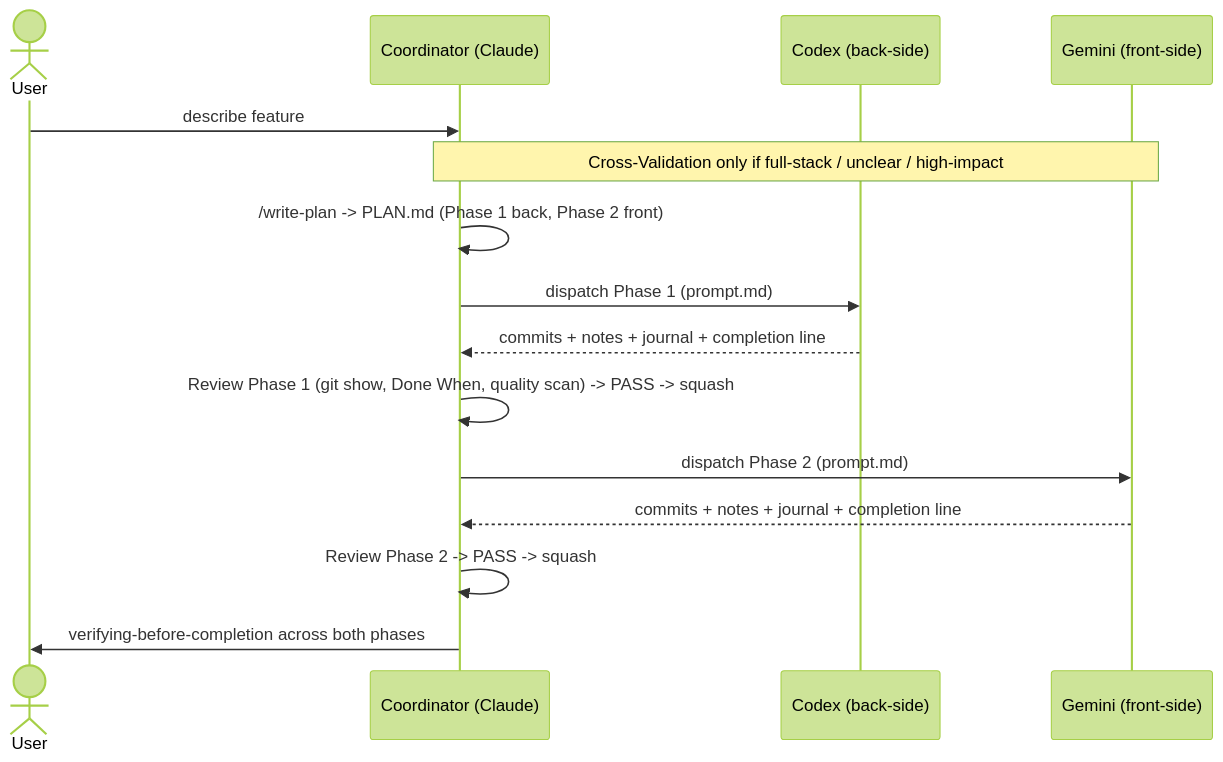
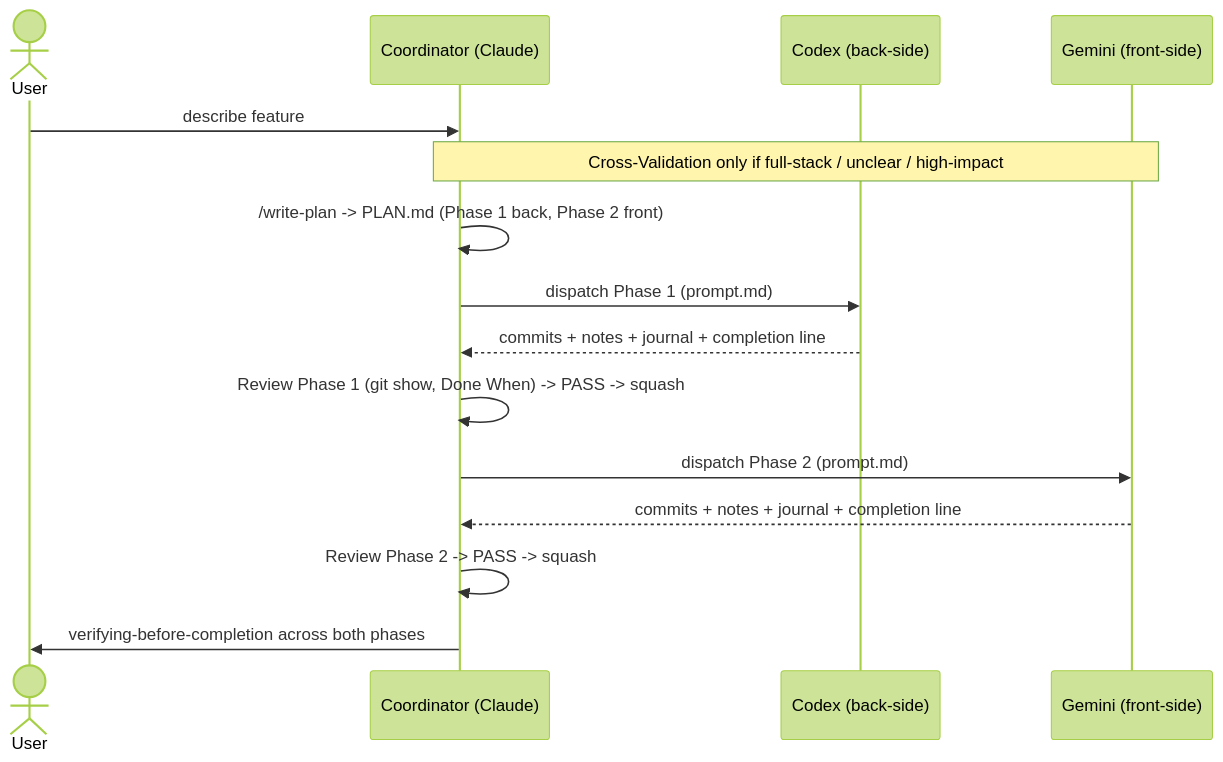
One commit to sitien173/refract changed the third of 6 diagrams in plugin/README.md. Above: the diagram before and after it, drawn with Mermaid (forest theme). The commit also changed other lines of this file and 25 other files, not shown here.

````diff
--- a/plugin/README.md
+++ b/plugin/README.md
@@ -280,17 +274,17 @@
 ```mermaid
 sequenceDiagram
     actor U as User
     participant C as Coordinator (Claude)
     participant X as Codex (back-side)
     participant G as Gemini (front-side)
     U->>C: describe feature
     Note over C,G: Cross-Validation only if full-stack / unclear / high-impact
     C->>C: /write-plan -> PLAN.md (Phase 1 back, Phase 2 front)
     C->>X: dispatch Phase 1 (prompt.md)
     X-->>C: commits + notes + journal + completion line
-    C->>C: Review Phase 1 (git show, Done When, quality scan) -> PASS -> squash
+    C->>C: Review Phase 1 (git show, Done When) -> PASS -> squash
     C->>G: dispatch Phase 2 (prompt.md)
     G-->>C: commits + notes + journal + completion line
     C->>C: Review Phase 2 -> PASS -> squash
     C->>U: verifying-before-completion across both phases
 ```
````
